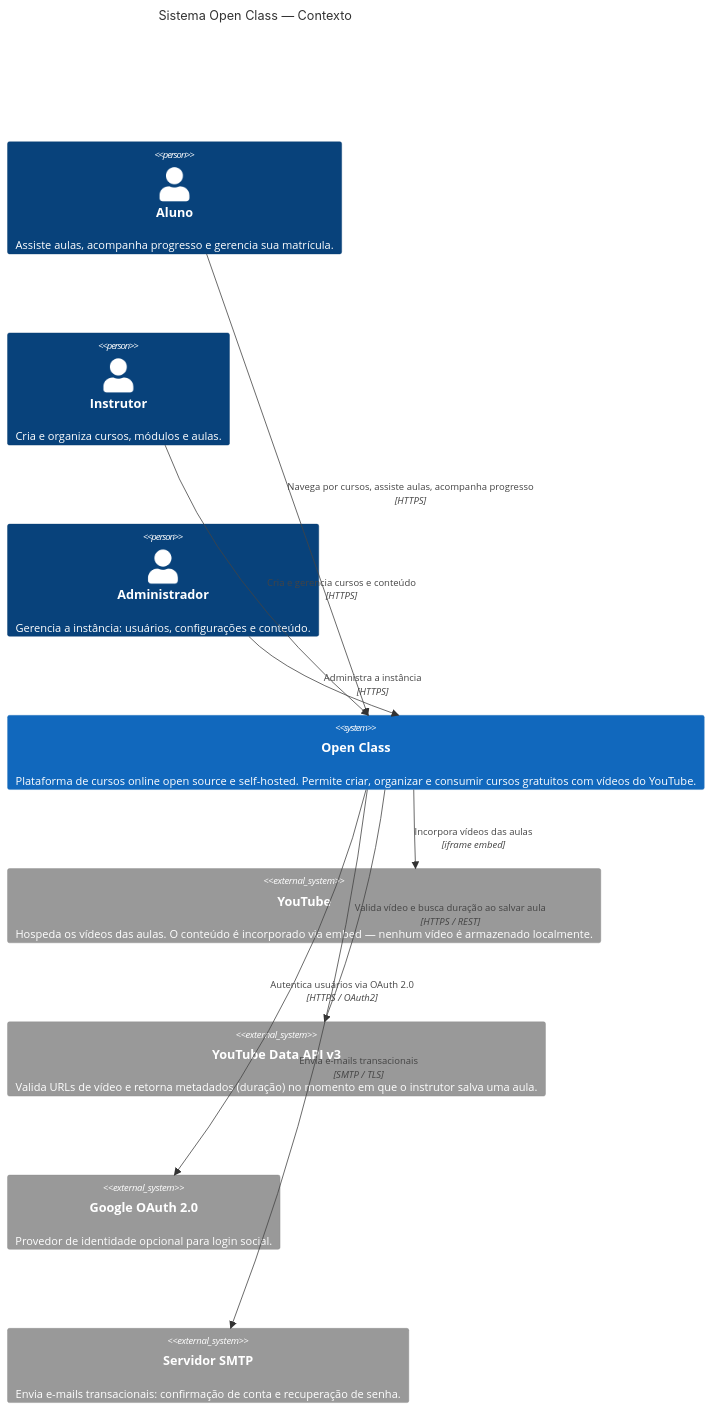
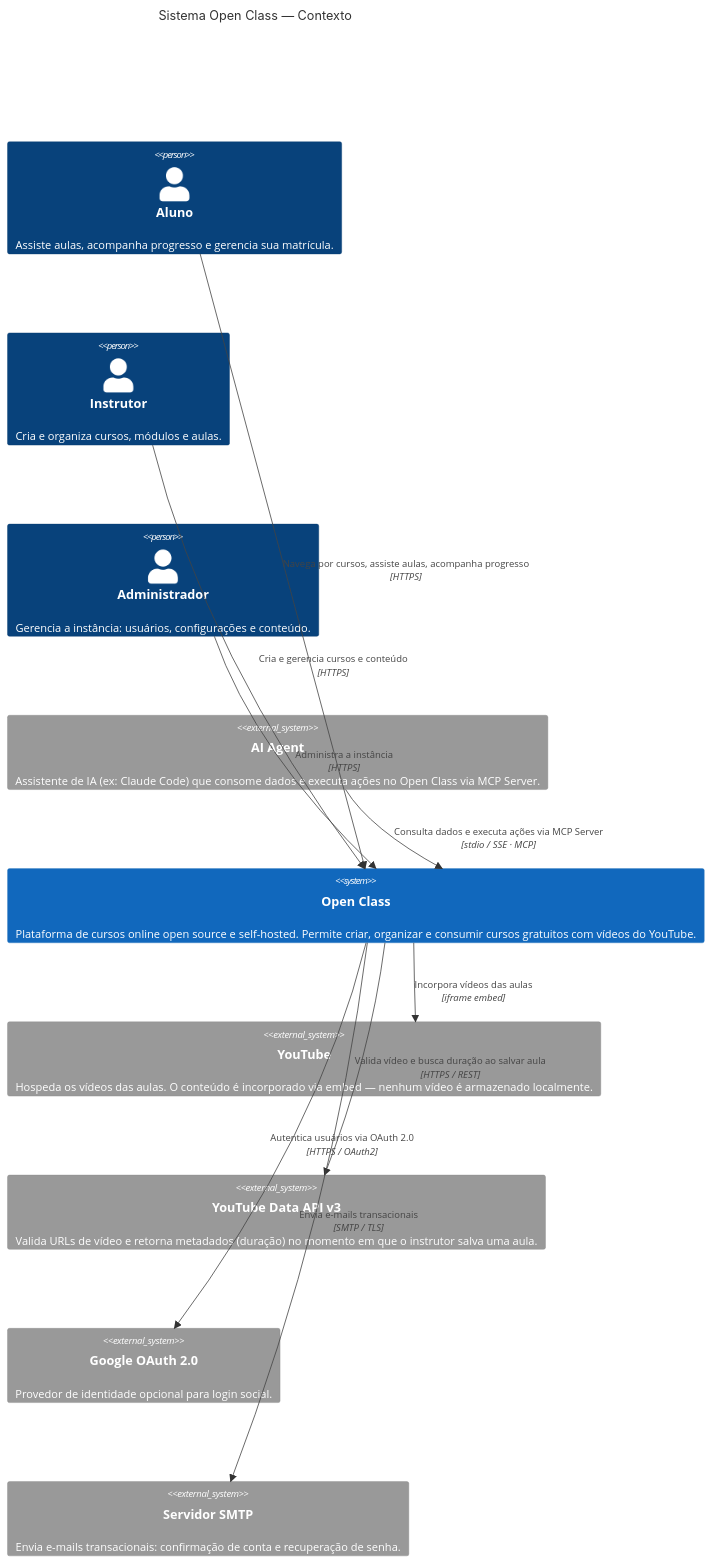
One commit to leandrokanis/open-class changed the first of 4 diagrams in docs/architecture/c4.md. Above: the diagram before and after it, drawn with Mermaid. The commit also changed other lines of this file and 26 other files, not shown here.

First line of the commit message:
feat(mcp): add MCP server package for Open Class platform

````diff
--- a/docs/architecture/c4.md
+++ b/docs/architecture/c4.md
@@ -11,24 +11,27 @@
 ```mermaid
 C4Context
   title Sistema Open Class — Contexto
 
   Person(aluno, "Aluno", "Assiste aulas, acompanha progresso e gerencia sua matrícula.")
   Person(instrutor, "Instrutor", "Cria e organiza cursos, módulos e aulas.")
   Person(admin, "Administrador", "Gerencia a instância: usuários, configurações e conteúdo.")
+  System_Ext(ai_agent, "AI Agent", "Assistente de IA (ex: Claude Code) que consome dados e executa ações no Open Class via MCP Server.")
 
   System(openclass, "Open Class", "Plataforma de cursos online open source e self-hosted. Permite criar, organizar e consumir cursos gratuitos com vídeos do YouTube.")
 
   System_Ext(youtube, "YouTube", "Hospeda os vídeos das aulas. O conteúdo é incorporado via embed — nenhum vídeo é armazenado localmente.")
   System_Ext(youtube_api, "YouTube Data API v3", "Valida URLs de vídeo e retorna metadados (duração) no momento em que o instrutor salva uma aula.")
   System_Ext(google_oauth, "Google OAuth 2.0", "Provedor de identidade opcional para login social.")
   System_Ext(smtp, "Servidor SMTP", "Envia e-mails transacionais: confirmação de conta e recuperação de senha.")
 
   Rel(aluno, openclass, "Navega por cursos, assiste aulas, acompanha progresso", "HTTPS")
   Rel(instrutor, openclass, "Cria e gerencia cursos e conteúdo", "HTTPS")
   Rel(admin, openclass, "Administra a instância", "HTTPS")
 
+  Rel(ai_agent, openclass, "Consulta dados e executa ações via MCP Server", "stdio / SSE · MCP")
+
   Rel(openclass, youtube, "Incorpora vídeos das aulas", "iframe embed")
   Rel(openclass, youtube_api, "Valida vídeo e busca duração ao salvar aula", "HTTPS / REST")
   Rel(openclass, google_oauth, "Autentica usuários via OAuth 2.0", "HTTPS / OAuth2")
   Rel(openclass, smtp, "Envia e-mails transacionais", "SMTP / TLS")
 ```
````
